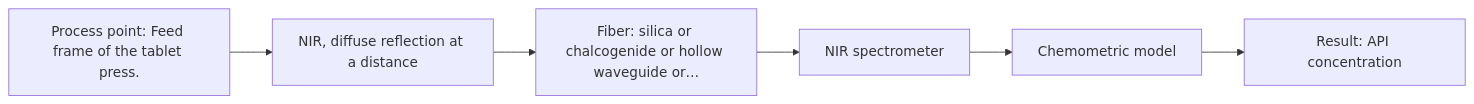
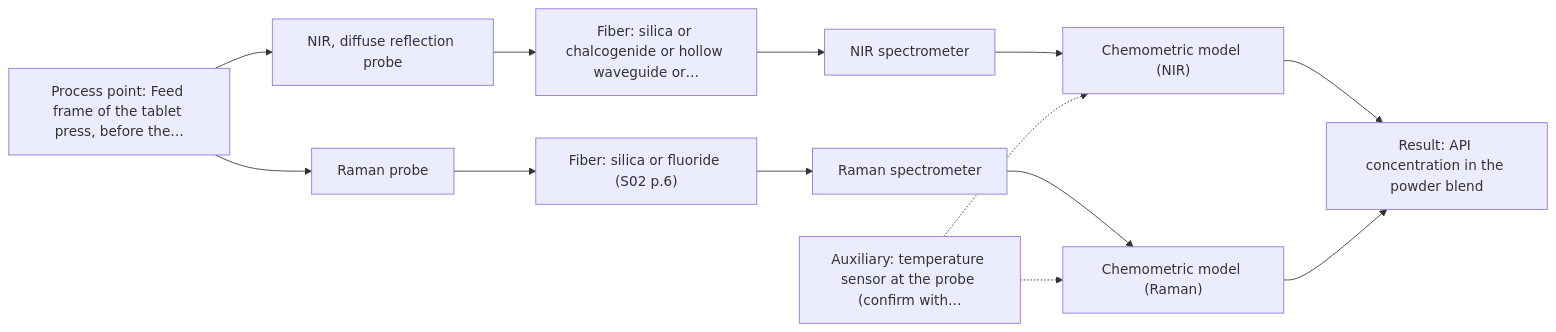
The first of 2 diagrams in outputs/dev/D01.md (sleipnir029/Afs-Spectroscopy-Assistant), drawn with Mermaid before and after one commit. The commit also changed other lines of this file and 41 other files, not shown here.

````diff
--- a/outputs/dev/D01.md
+++ b/outputs/dev/D01.md
@@ -38,14 +38,26 @@
 ```mermaid
 flowchart LR
-    proc["Process point: Feed frame of the tablet press."]
-    probe1["NIR, diffuse reflection at a distance"]
+    proc["Process point: Feed frame of the tablet press, before the…"]
+    probe1["NIR, diffuse reflection probe"]
     fiber1["Fiber: silica or chalcogenide or hollow waveguide or…"]
     spec1["NIR spectrometer"]
-    model["Chemometric model"]
-    result["Result: API concentration"]
+    model1["Chemometric model (NIR)"]
+    probe2["Raman probe"]
+    fiber2["Fiber: silica or fluoride (S02 p.6)"]
+    spec2["Raman spectrometer"]
+    model2["Chemometric model (Raman)"]
+    result["Result: API concentration in the powder blend"]
+    aux1["Auxiliary: temperature sensor at the probe (confirm with…"]
     proc --> probe1
     probe1 --> fiber1
     fiber1 --> spec1
-    spec1 --> model
-    model --> result
+    spec1 --> model1
+    proc --> probe2
+    probe2 --> fiber2
+    fiber2 --> spec2
+    spec2 --> model2
+    model1 --> result
+    model2 --> result
+    aux1 -.-> model1
+    aux1 -.-> model2
 ```
````
